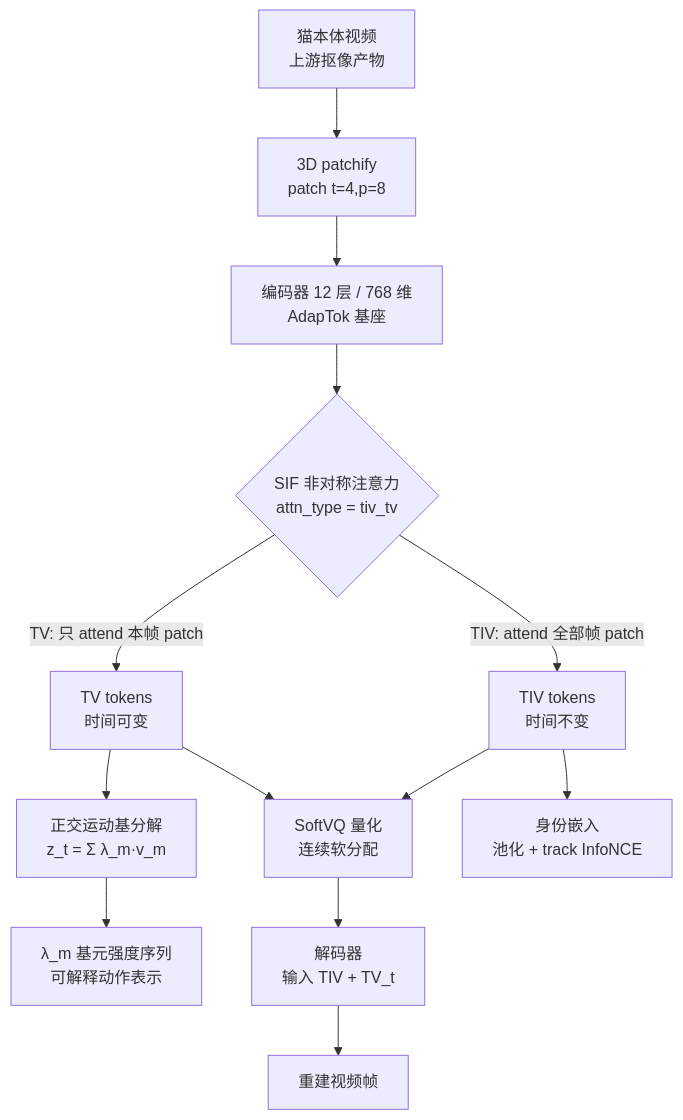
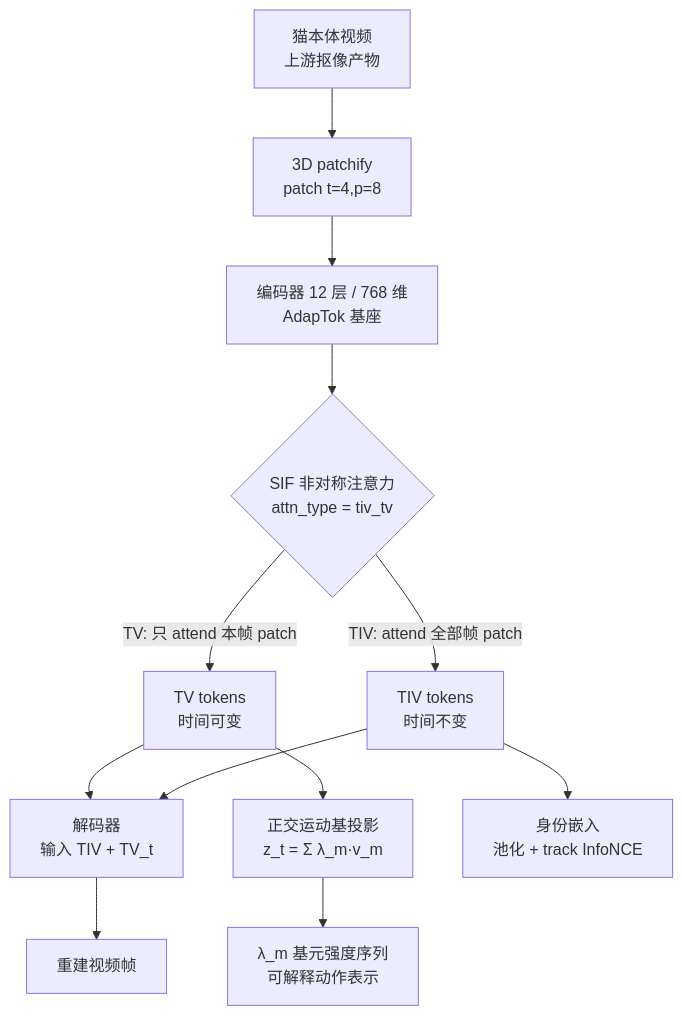
The first of 2 diagrams in management/docs/identity-tokenizer.md (gongshangzheng/pet-action-recognition), drawn with Mermaid before and after one commit. The commit also changed other lines of this file and 4 other files, not shown here.

````diff
--- a/management/docs/identity-tokenizer.md
+++ b/management/docs/identity-tokenizer.md
@@ -54,21 +56,19 @@
 ```mermaid
 flowchart TD
     A[猫本体视频<br/>上游抠像产物] --> B["3D patchify<br/>patch t=4,p=8"]
     B --> C["编码器 12 层 / 768 维<br/>AdapTok 基座"]
 
     C --> D{"SIF 非对称注意力<br/>attn_type = tiv_tv"}
 
     D -->|"TIV: attend 全部帧 patch"| E[TIV tokens<br/>时间不变]
     D -->|"TV: 只 attend 本帧 patch"| F[TV tokens<br/>时间可变]
 
-    E --> G[SoftVQ 量化<br/>连续软分配]
-    F --> G
-
-    F --> H["正交运动基分解<br/>z_t = Σ λ_m·v_m"]
+    F --> H["正交运动基投影<br/>z_t = Σ λ_m·v_m"]
     H --> I["λ_m 基元强度序列<br/>可解释动作表示"]
 
-    G --> J["解码器<br/>输入 TIV + TV_t"]
+    E --> J["解码器<br/>输入 TIV + TV_t"]
+    F --> J
     J --> K[重建视频帧]
 
     E --> L["身份嵌入<br/>池化 + track InfoNCE"]
 ```
````
